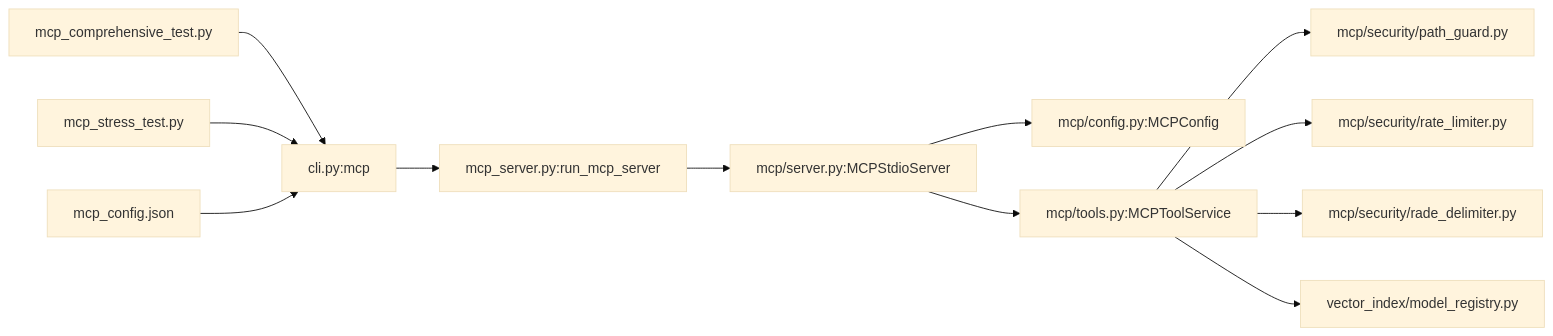
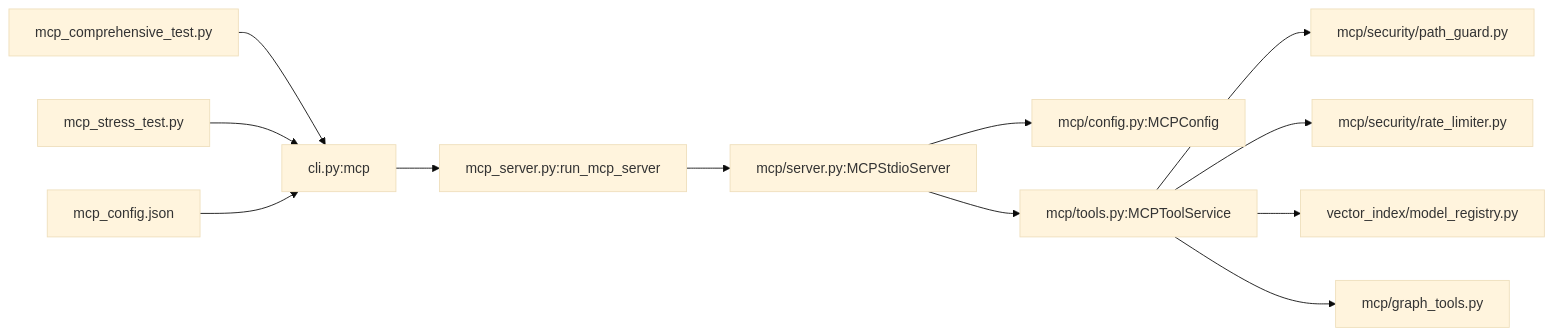
One commit to maemreyo/zmr-ctx-paker changed the fifth of 5 diagrams in .qoder/repowiki/en/content/CLI Reference/MCP Server/MCP Server.md. Above: the diagram before and after it, drawn with Mermaid (base theme). The commit also changed other lines of this file and 25 other files, not shown here.

````diff
--- a/.qoder/repowiki/en/content/CLI Reference/MCP Server/MCP Server.md
+++ b/.qoder/repowiki/en/content/CLI Reference/MCP Server/MCP Server.md
@@ -669,14 +693,14 @@
 ```mermaid
 graph LR
 CLI["cli.py:mcp"] --> WRAP["mcp_server.py:run_mcp_server"]
 WRAP --> SRV["mcp/server.py:MCPStdioServer"]
 SRV --> CFG["mcp/config.py:MCPConfig"]
 SRV --> SVC["mcp/tools.py:MCPToolService"]
 SVC --> PATHG["mcp/security/path_guard.py"]
 SVC --> RL["mcp/security/rate_limiter.py"]
-SVC --> RADE["mcp/security/rade_delimiter.py"]
 SVC --> MR["vector_index/model_registry.py"]
+SVC --> GT["mcp/graph_tools.py"]
 COMP["mcp_comprehensive_test.py"] --> CLI
 STRESS["mcp_stress_test.py"] --> CLI
 WINDSURF["mcp_config.json"] --> CLI
 ```
````
